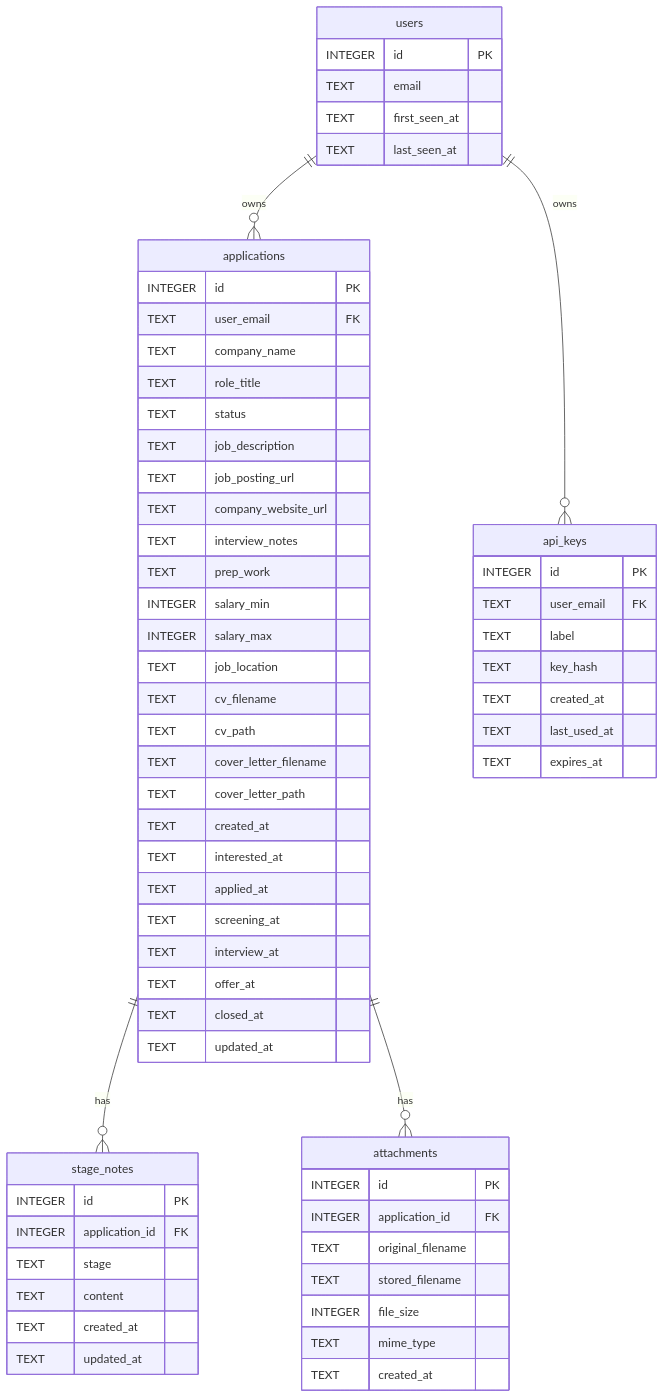
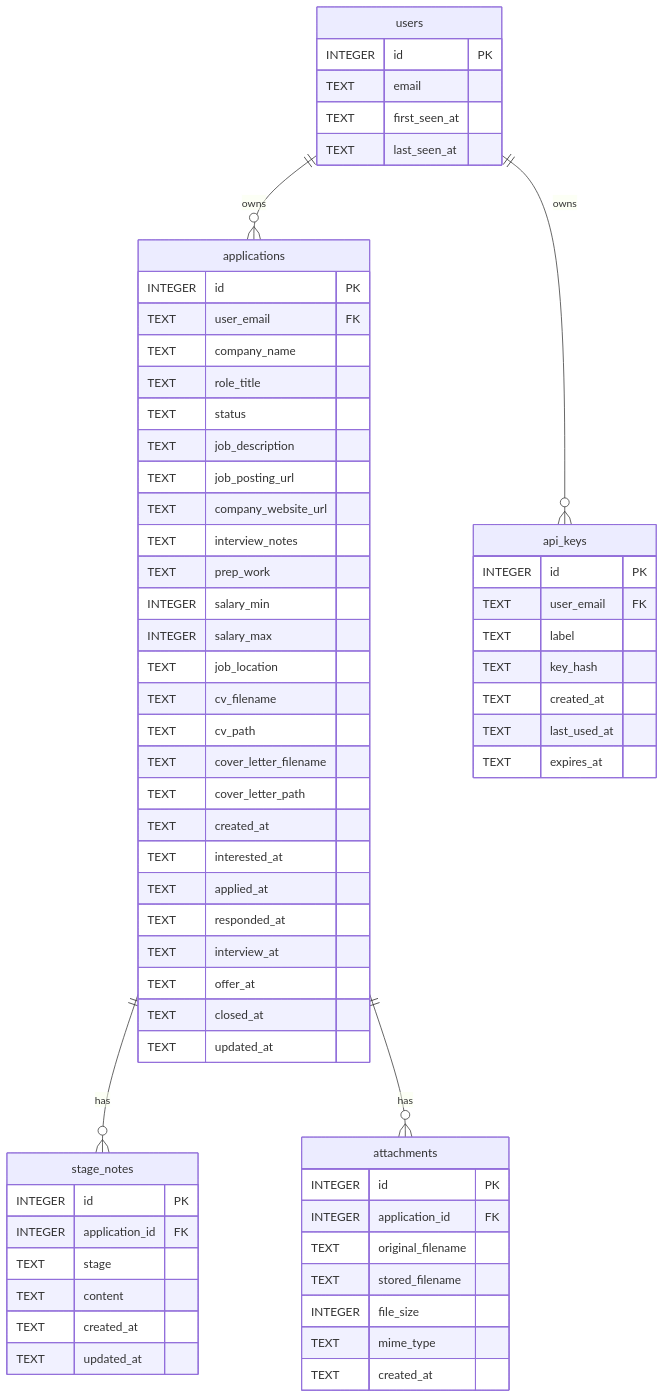
Before and after one commit to fergus/job-tracker: the fourth of 6 diagrams in ARCHITECTURE.md, drawn with Mermaid. The commit also changed other lines of this file and 14 other files, not shown here.

First line of the commit message:
feat: replace Screening status with Responded

````diff
--- a/ARCHITECTURE.md
+++ b/ARCHITECTURE.md
@@ -85,71 +85,71 @@
 ```mermaid
 erDiagram
     users {
         INTEGER id PK
         TEXT email
         TEXT first_seen_at
         TEXT last_seen_at
     }
 
     applications {
         INTEGER id PK
         TEXT user_email FK
         TEXT company_name
         TEXT role_title
         TEXT status
         TEXT job_description
         TEXT job_posting_url
         TEXT company_website_url
         TEXT interview_notes
         TEXT prep_work
         INTEGER salary_min
         INTEGER salary_max
         TEXT job_location
         TEXT cv_filename
         TEXT cv_path
         TEXT cover_letter_filename
         TEXT cover_letter_path
         TEXT created_at
         TEXT interested_at
         TEXT applied_at
-        TEXT screening_at
+        TEXT responded_at
         TEXT interview_at
         TEXT offer_at
         TEXT closed_at
         TEXT updated_at
     }
 
     stage_notes {
         INTEGER id PK
         INTEGER application_id FK
         TEXT stage
         TEXT content
         TEXT created_at
         TEXT updated_at
     }
 
     attachments {
         INTEGER id PK
         INTEGER application_id FK
         TEXT original_filename
         TEXT stored_filename
         INTEGER file_size
         TEXT mime_type
         TEXT created_at
     }
 
     api_keys {
         INTEGER id PK
         TEXT user_email FK
         TEXT label
         TEXT key_hash
         TEXT created_at
         TEXT last_used_at
         TEXT expires_at
     }
 
     users ||--o{ applications : "owns"
     users ||--o{ api_keys : "owns"
     applications ||--o{ stage_notes : "has"
     applications ||--o{ attachments : "has"
 ```
````
